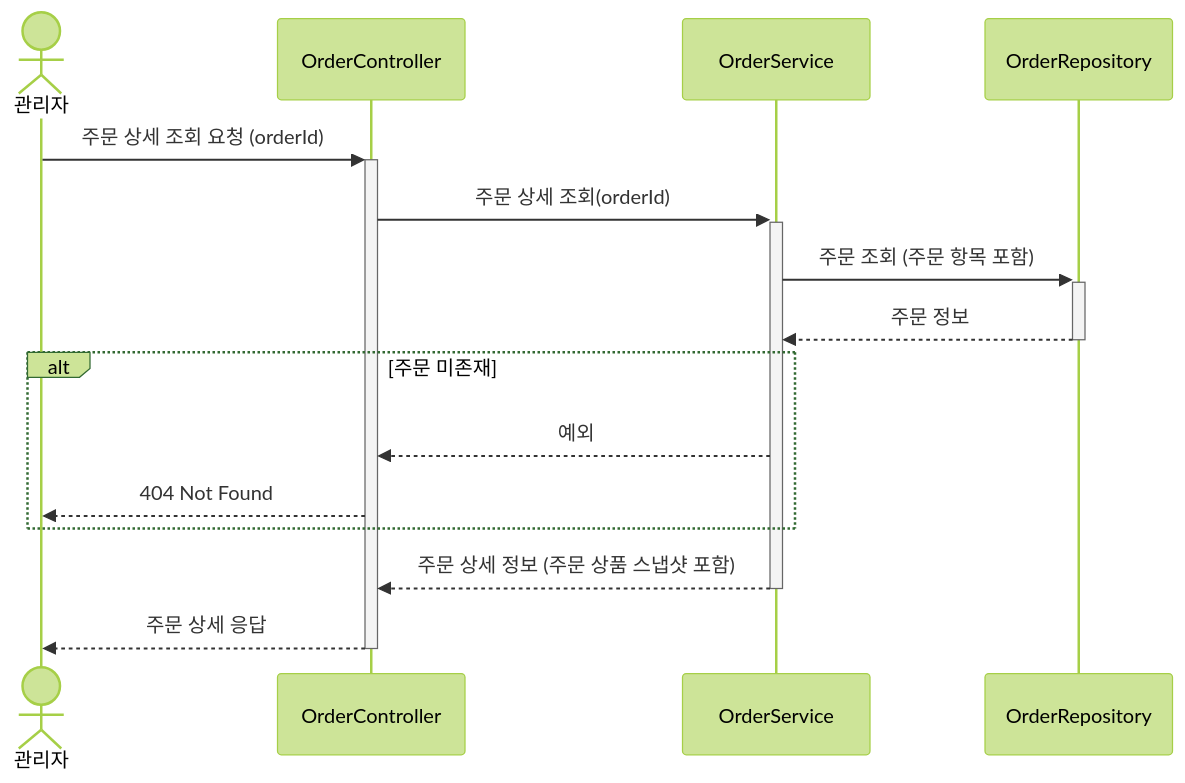
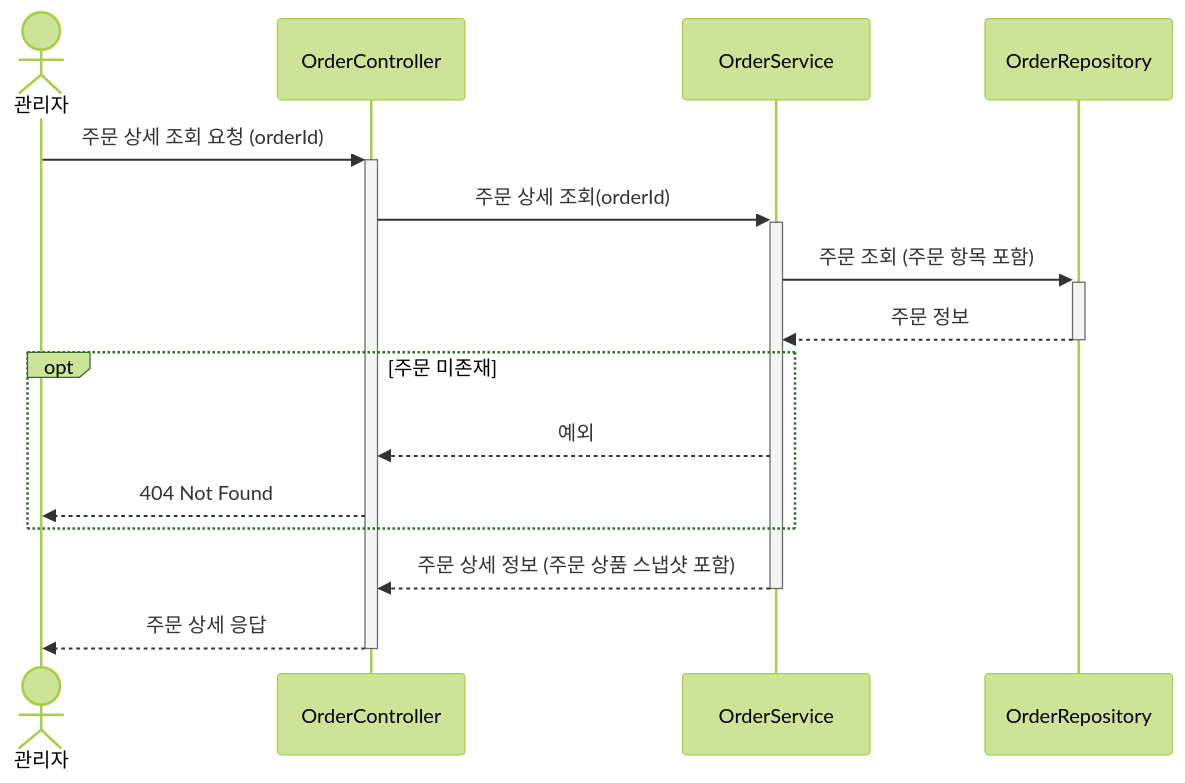
Diagram 23 of 23 in docs/design/02-sequence-diagrams.md (kimjunyoung90/loop-pack-be-l2-vol3-java), drawn with Mermaid (forest theme) before and after one commit. The commit also changed other lines of this file, not shown here.

````diff
--- a/docs/design/02-sequence-diagrams.md
+++ b/docs/design/02-sequence-diagrams.md
@@ -774,20 +774,20 @@
 ```mermaid
 sequenceDiagram
     actor Admin as 관리자
     participant OC as OrderController
     participant OS as OrderService
     participant OR as OrderRepository
 
     Admin->>+OC: 주문 상세 조회 요청 (orderId)
     OC->>+OS: 주문 상세 조회(orderId)
     OS->>+OR: 주문 조회 (주문 항목 포함)
     OR-->>-OS: 주문 정보
 
-    alt 주문 미존재
+    opt 주문 미존재
         OS-->>OC: 예외
         OC-->>Admin: 404 Not Found
     end
 
     OS-->>-OC: 주문 상세 정보 (주문 상품 스냅샷 포함)
     OC-->>-Admin: 주문 상세 응답
 ```
````
